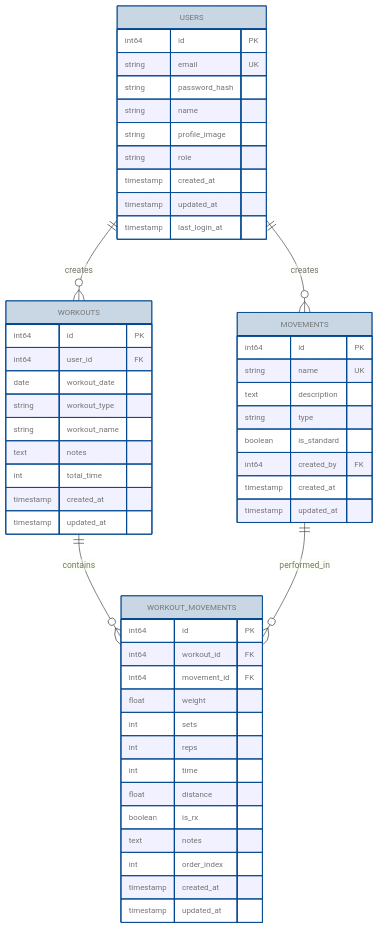
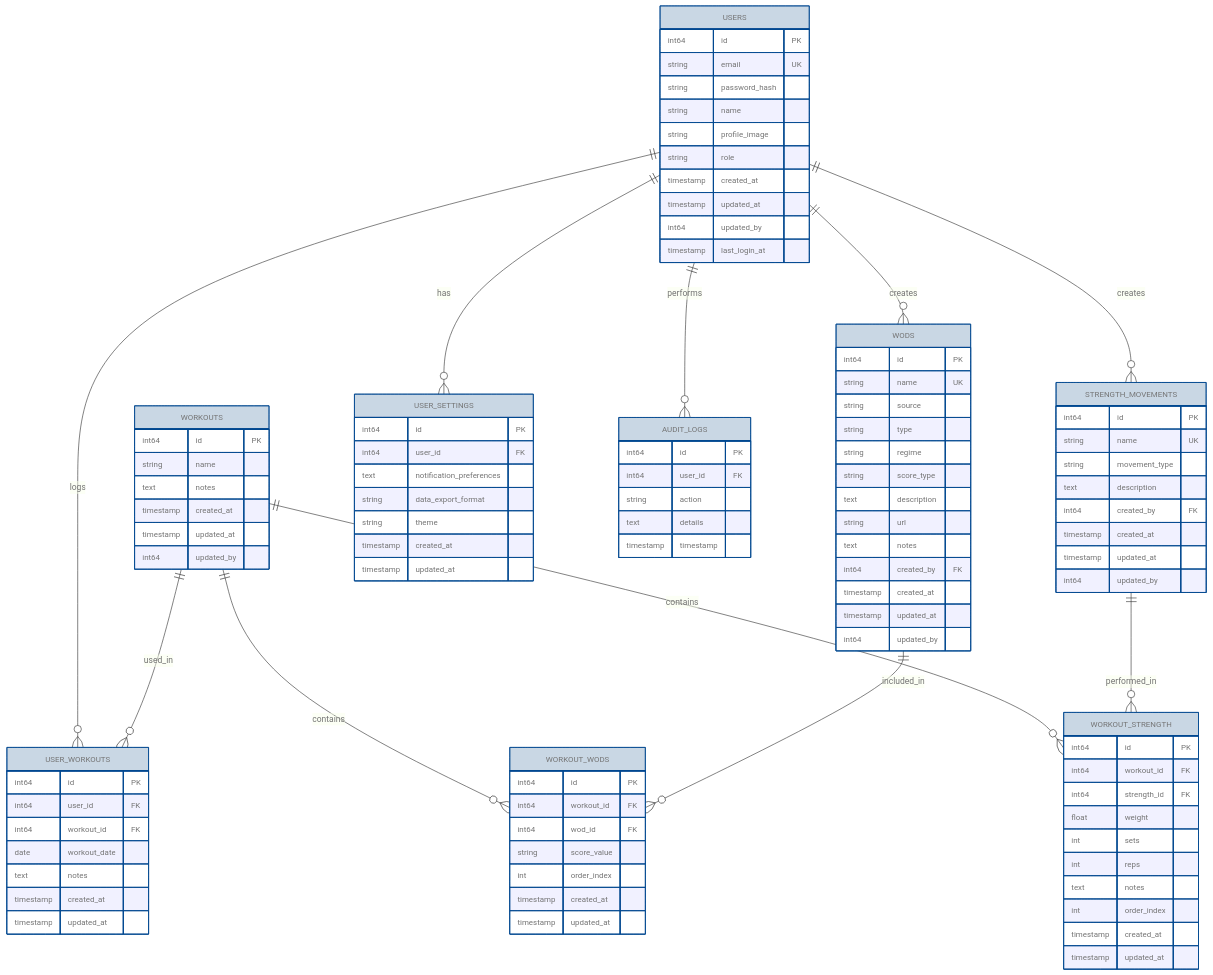
One commit to johnzastrow/actalog changed the diagram in docs/DATABASE_SCHEMA.md. Above: the diagram before and after it, drawn with Mermaid. The commit also changed other lines of this file and 3 other files, not shown here.

Commit message:
feat: Update database schema to v0.3.0 with new entities, relationships, and audit logging

````diff
--- a/docs/DATABASE_SCHEMA.md
+++ b/docs/DATABASE_SCHEMA.md
@@ -17,5 +17,5 @@
 ```mermaid
-%%{init: 
+%%{init:
 {
   "theme": "default",
   "themeVariables": {
@@ -36,13 +36,19 @@
 }
 }%%
 
+erDiagram
+    USERS ||--o{ USER_WORKOUTS : logs
+    USERS ||--o{ WODS : creates
+    USERS ||--o{ STRENGTH_MOVEMENTS : creates
+    USERS ||--o{ USER_SETTINGS : has
+    USERS ||--o{ AUDIT_LOGS : performs
 
+    WORKOUTS ||--o{ USER_WORKOUTS : used_in
+    WORKOUTS ||--o{ WORKOUT_WODS : contains
+    WORKOUTS ||--o{ WORKOUT_STRENGTH : contains
 
-erDiagram
-    USERS ||--o{ WORKOUTS : creates
-    USERS ||--o{ MOVEMENTS : creates
-    WORKOUTS ||--o{ WORKOUT_MOVEMENTS : contains
-    MOVEMENTS ||--o{ WORKOUT_MOVEMENTS : performed_in
+    WODS ||--o{ WORKOUT_WODS : included_in
+    STRENGTH_MOVEMENTS ||--o{ WORKOUT_STRENGTH : performed_in
 
     USERS {
         int64 id PK
@@ -53,45 +59,94 @@
         string role
         timestamp created_at
         timestamp updated_at
+        int64 updated_by
         timestamp last_login_at
     }
 
     WORKOUTS {
         int64 id PK
+        string name
+        text notes
+        timestamp created_at
+        timestamp updated_at
+        int64 updated_by
+    }
+
+    WODS {
+        int64 id PK
+        string name UK
+        string source
+        string type
+        string regime
+        string score_type
+        text description
+        string url
+        text notes
+        int64 created_by FK
+        timestamp created_at
+        timestamp updated_at
+        int64 updated_by
+    }
+
+    STRENGTH_MOVEMENTS {
+        int64 id PK
+        string name UK
+        string movement_type
+        text description
+        int64 created_by FK
+        timestamp created_at
+        timestamp updated_at
+        int64 updated_by
+    }
+
+    USER_WORKOUTS {
+        int64 id PK
         int64 user_id FK
+        int64 workout_id FK
         date workout_date
-        string workout_type
-        string workout_name
         text notes
-        int total_time
         timestamp created_at
         timestamp updated_at
     }
 
-    MOVEMENTS {
+    WORKOUT_WODS {
         int64 id PK
-        string name UK
-        text description
-        string type
-        boolean is_standard
-        int64 created_by FK
+        int64 workout_id FK
+        int64 wod_id FK
+        string score_value
+        int order_index
         timestamp created_at
         timestamp updated_at
     }
 
-    WORKOUT_MOVEMENTS {
+    WORKOUT_STRENGTH {
         int64 id PK
         int64 workout_id FK
-        int64 movement_id FK
+        int64 strength_id FK
         float weight
         int sets
         int reps
-        int time
-        float distance
-        boolean is_rx
         text notes
         int order_index
         timestamp created_at
         timestamp updated_at
     }
+
+    USER_SETTINGS {
+        int64 id PK
+        int64 user_id FK
+        text notification_preferences
+        string data_export_format
+        string theme
+        timestamp created_at
+        timestamp updated_at
+    }
+
+    AUDIT_LOGS {
+        int64 id PK
+        int64 user_id FK
+        string action
+        text details
+        timestamp timestamp
+    }
 ```
````
